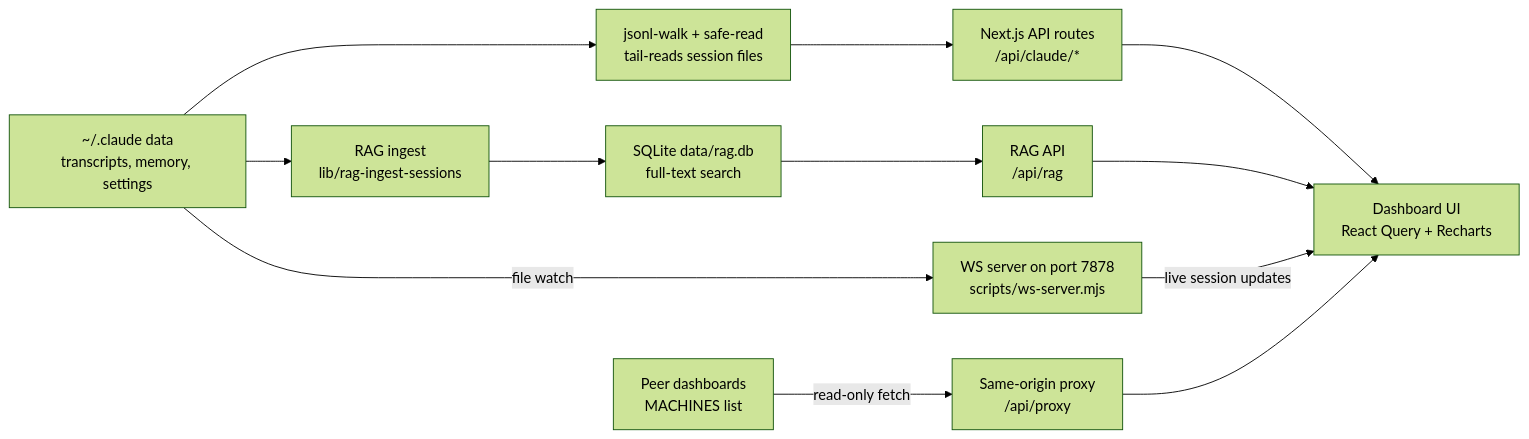
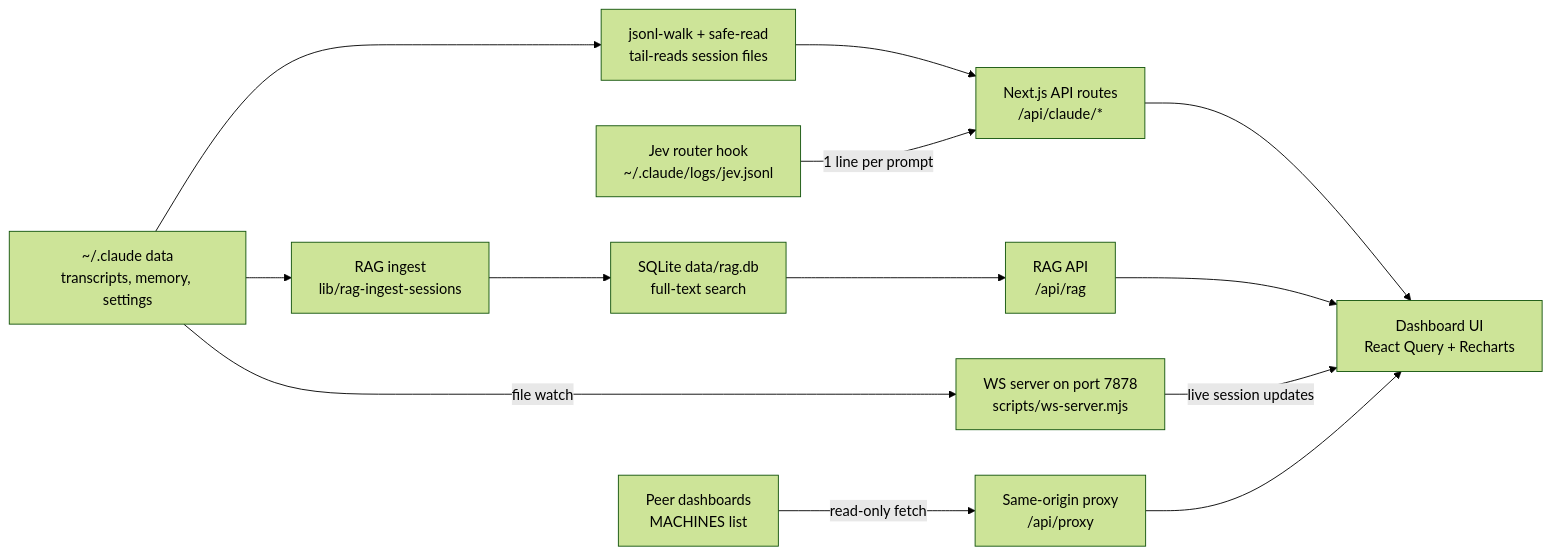
One commit to bunlongheng/claude-dashboard changed the diagram in README.md. Above: the diagram before and after it, drawn with Mermaid (forest theme). The commit also changed other lines of this file, not shown here.

Commit message:
docs: add Jev router and RAG memory setup to the README

````diff
--- a/README.md
+++ b/README.md
@@ -118,18 +120,20 @@
 ```mermaid
 flowchart LR
     FS["~/.claude data<br>transcripts, memory, settings"]
     WALK["jsonl-walk + safe-read<br>tail-reads session files"]
     API["Next.js API routes<br>/api/claude/*"]
     INGEST["RAG ingest<br>lib/rag-ingest-sessions"]
     DB["SQLite data/rag.db<br>full-text search"]
     RAGAPI["RAG API<br>/api/rag"]
+    JEV["Jev router hook<br>~/.claude/logs/jev.jsonl"]
     WS["WS server on port 7878<br>scripts/ws-server.mjs"]
     PEERS["Peer dashboards<br>MACHINES list"]
     PROXY["Same-origin proxy<br>/api/proxy"]
     UI["Dashboard UI<br>React Query + Recharts"]
 
     FS --> WALK --> API --> UI
     FS --> INGEST --> DB --> RAGAPI --> UI
+    JEV -->|1 line per prompt| API
     FS -->|file watch| WS -->|live session updates| UI
     PEERS -->|read-only fetch| PROXY --> UI
 ```
````
